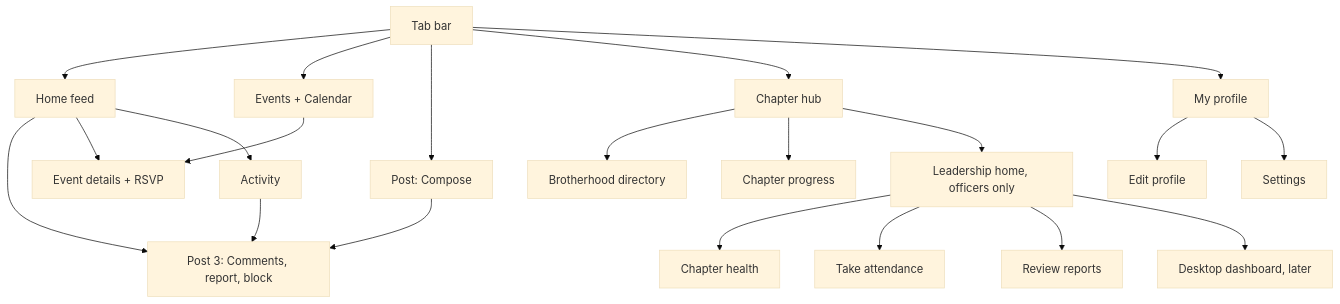
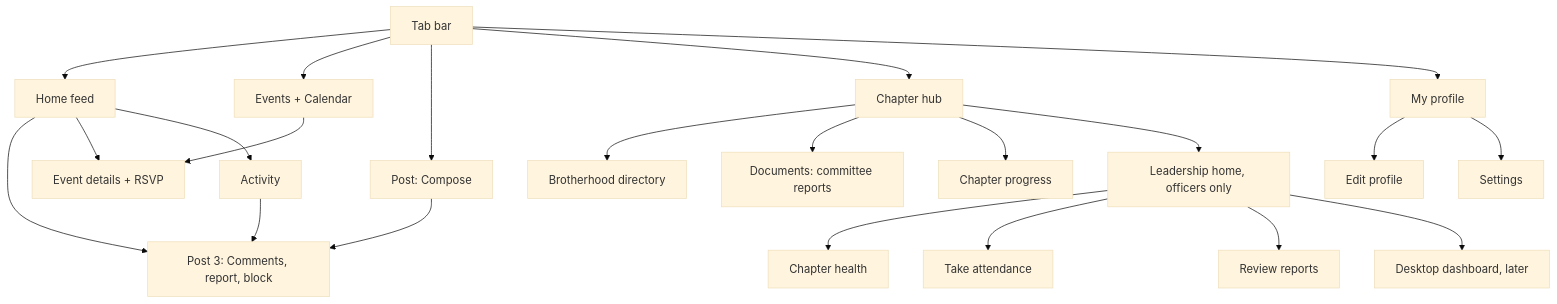
The diagram in docs/screens.md (TitusNeyland/SigmaSigmaLambdaConnect), drawn with Mermaid (base theme) before and after one commit. The commit also changed other lines of this file and 31 other files, not shown here.

First line of the commit message:
Committee reports under Documents, emailed to the VPs (#126)

````diff
--- a/docs/screens.md
+++ b/docs/screens.md
@@ -9,23 +9,24 @@
 ```mermaid
 flowchart TD
 Tabs[Tab bar] --> Home[Home feed]
 Tabs --> Events[Events + Calendar]
 Tabs --> Compose[Post: Compose]
 Tabs --> Chapter[Chapter hub]
 Tabs --> Profile[My profile]
 Home --> PostDetail[Post 3: Comments, report, block]
 Home --> EventDetail[Event details + RSVP]
 Home --> Activity[Activity]
 Activity --> PostDetail
 Events --> EventDetail
 Compose --> PostDetail
 Profile --> EditProfile[Edit profile]
 Profile --> Settings[Settings]
 Chapter --> Directory[Brotherhood directory]
+Chapter --> Documents[Documents: committee reports]
 Chapter --> Goals[Chapter progress]
 Chapter --> Leader[Leadership home, officers only]
 Leader --> Health[Chapter health]
 Leader --> Attendance[Take attendance]
 Leader --> Reports[Review reports]
 Leader --> Desktop[Desktop dashboard, later]
 ```
````
